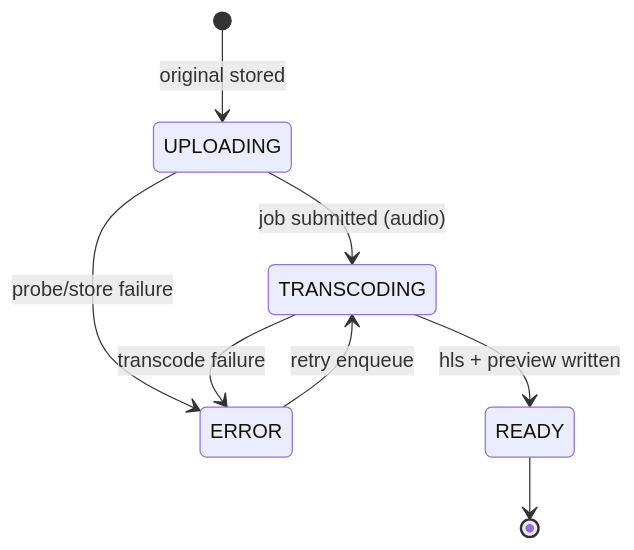
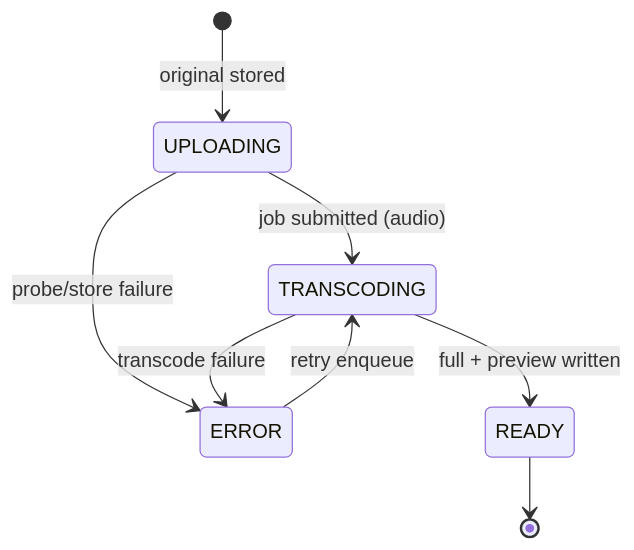
Before and after one commit to Shakvilla/beatzmedia: the third of 3 diagrams in backend/docs/cross-cutting/media-pipeline.md, drawn with Mermaid. The commit also changed other lines of this file and 54 other files, not shown here.

````diff
--- a/backend/docs/cross-cutting/media-pipeline.md
+++ b/backend/docs/cross-cutting/media-pipeline.md
@@ -223,10 +230,10 @@
 ```mermaid
 stateDiagram-v2
   [*] --> UPLOADING : original stored
   UPLOADING --> TRANSCODING : job submitted (audio)
   UPLOADING --> ERROR : probe/store failure
-  TRANSCODING --> READY : hls + preview written
+  TRANSCODING --> READY : full + preview written
   TRANSCODING --> ERROR : transcode failure
   ERROR --> TRANSCODING : retry enqueue
   READY --> [*]
 ```
````
